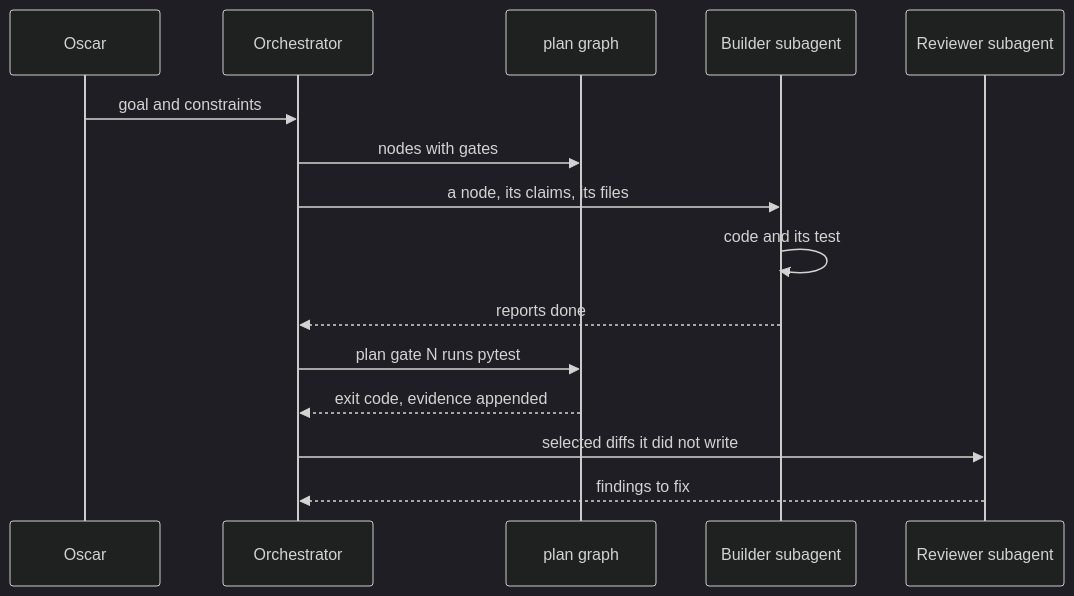
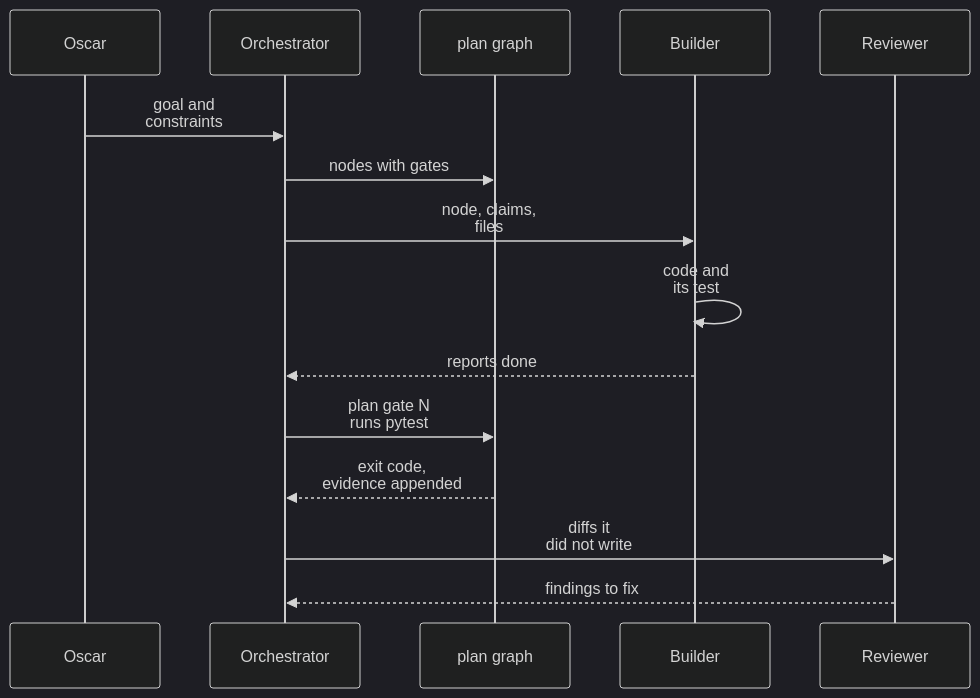
Before and after one commit to oscar-chw/agentic-quant-research: the third of 4 diagrams in docs/system.md, drawn with Mermaid (dark theme). The commit also changed other lines of this file and 2 other files, not shown here.

````diff
--- a/docs/system.md
+++ b/docs/system.md
@@ -86,17 +86,17 @@
 ```mermaid
 sequenceDiagram
     participant O as Oscar
     participant C as Orchestrator
     participant P as plan graph
-    participant B as Builder subagent
-    participant R as Reviewer subagent
-    O->>C: goal and constraints
+    participant B as Builder
+    participant R as Reviewer
+    O->>C: goal and<br/>constraints
     C->>P: nodes with gates
-    C->>B: a node, its claims, its files
-    B->>B: code and its test
+    C->>B: node, claims,<br/>files
+    B->>B: code and<br/>its test
     B-->>C: reports done
-    C->>P: plan gate N runs pytest
-    P-->>C: exit code, evidence appended
-    C->>R: selected diffs it did not write
+    C->>P: plan gate N<br/>runs pytest
+    P-->>C: exit code,<br/>evidence appended
+    C->>R: diffs it<br/>did not write
     R-->>C: findings to fix
 ```
````
